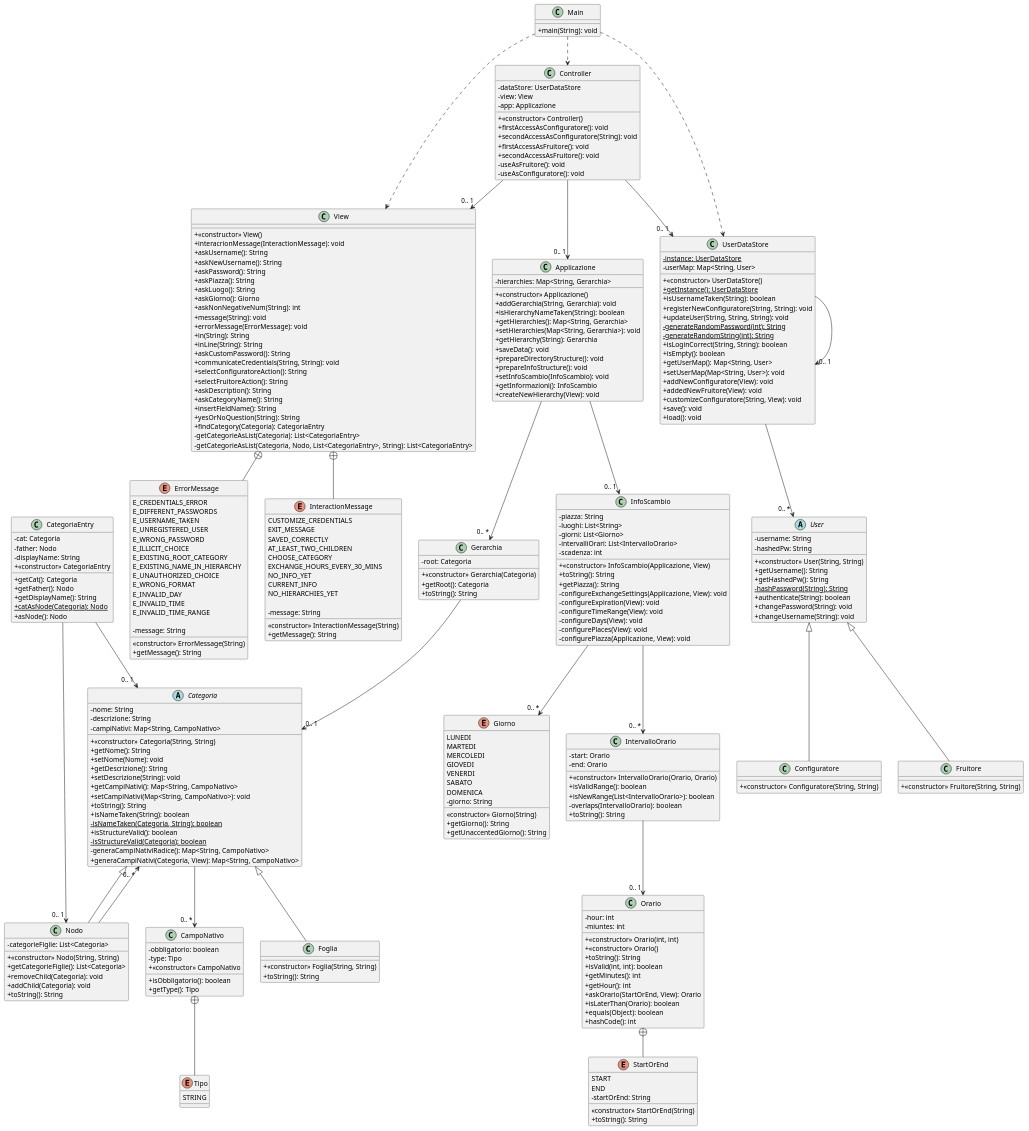
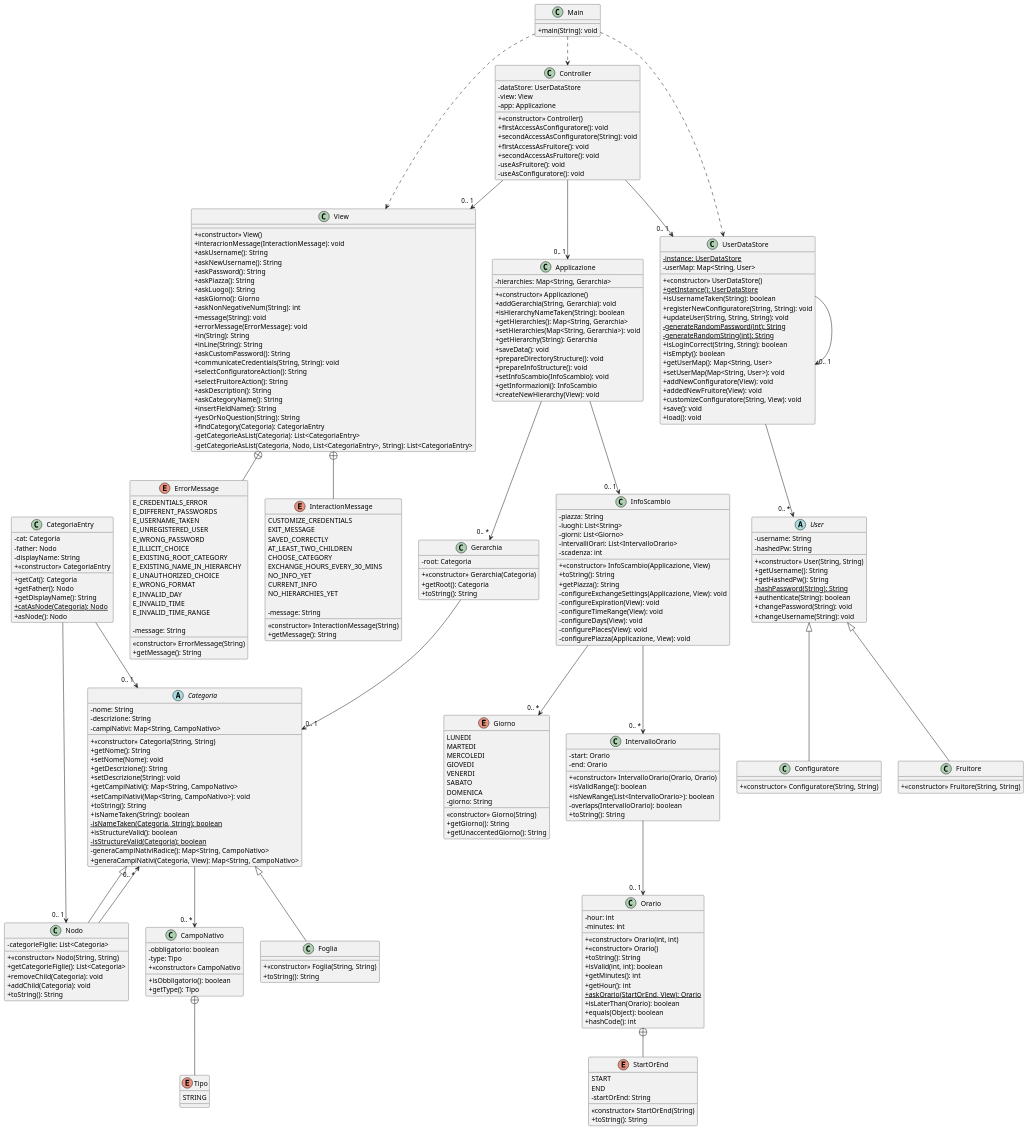
Before and after one commit to eletoo/inge_del_software: the diagram in doc/uml/version2/puml/Partial class diagram-Version2.0.puml, drawn with PlantUML. The commit also changed 5 other files, not shown here.

```diff
--- a/doc/uml/version2/puml/Partial class diagram-Version2.0.puml
+++ b/doc/uml/version2/puml/Partial class diagram-Version2.0.puml
@@ -145,14 +145,14 @@
 
 class Orario{
 - hour: int
-- miuntes: int
+- minutes: int
 + <<constructor>> Orario(int, int)
 + <<constructor>> Orario()
 + toString(): String
 + isValid(int, int): boolean
 + getMinutes(): int
 + getHour(): int
-+ askOrario(StartOrEnd, View): Orario
++ {static}askOrario(StartOrEnd, View): Orario
 + isLaterThan(Orario): boolean
 + equals(Object): boolean
 + hashCode(): int
```
